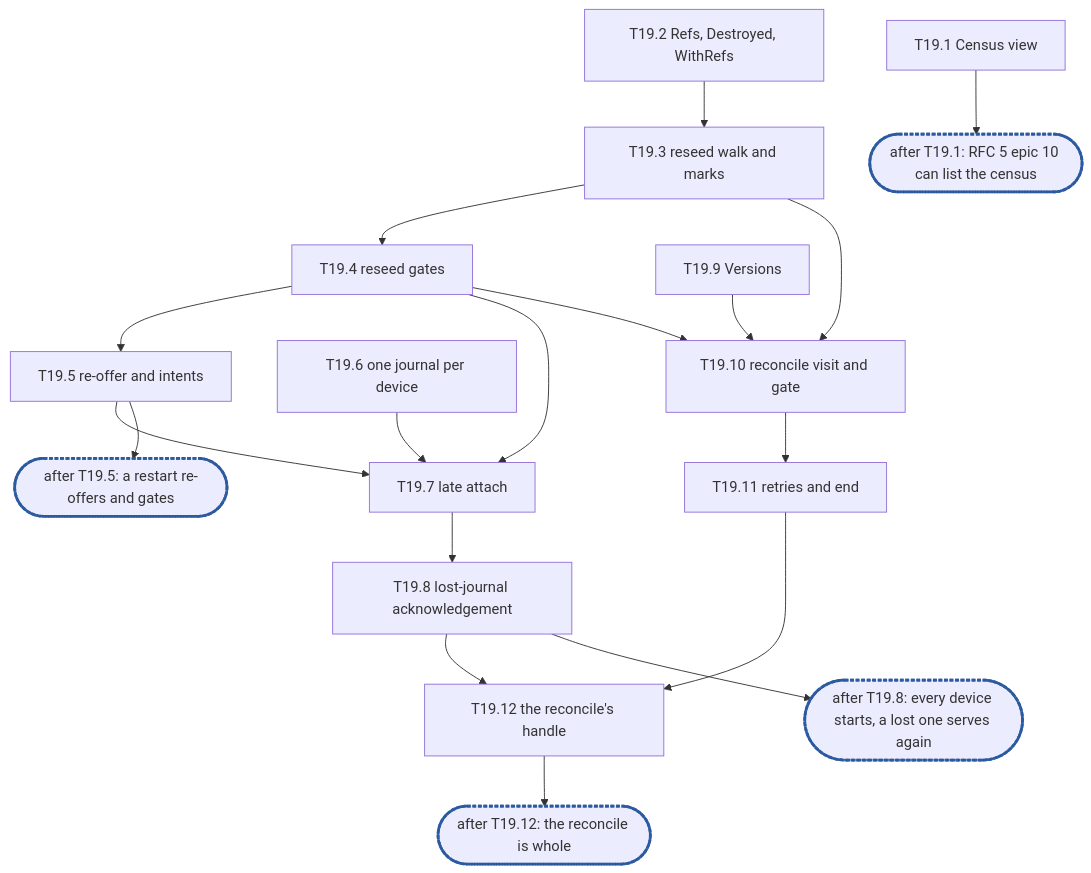
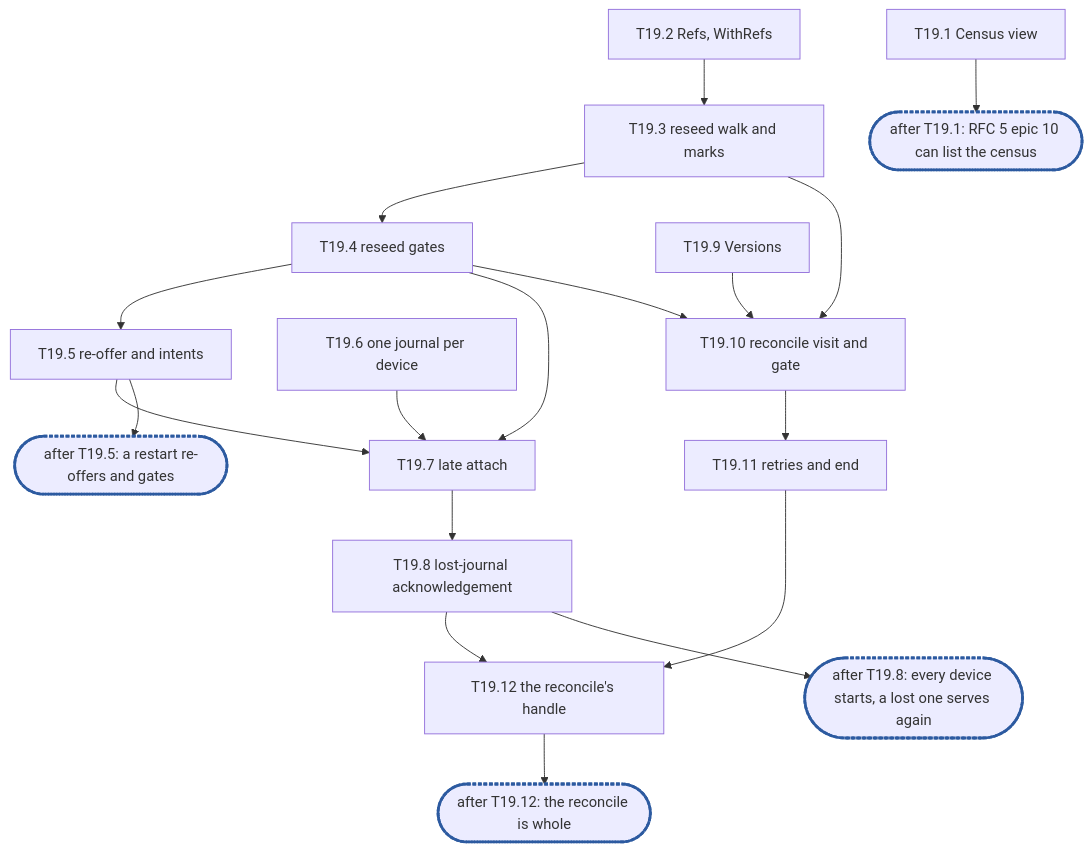
One commit to cubbit/dittofs changed the diagram in .planning/rfc-8-offload-engine-epic19.md. Above: the diagram before and after it, drawn with Mermaid. The commit also changed other lines of this file and 1 other file, not shown here.

````diff
--- a/.planning/rfc-8-offload-engine-epic19.md
+++ b/.planning/rfc-8-offload-engine-epic19.md
@@ -721,15 +773,15 @@
 ```mermaid
 flowchart TD
   T19_1["T19.1 Census view"]
-  T19_2["T19.2 Refs, Destroyed, WithRefs"] --> T19_3["T19.3 reseed walk and marks"] --> T19_4["T19.4 reseed gates"] --> T19_5["T19.5 re-offer and intents"]
+  T19_2["T19.2 Refs, WithRefs"] --> T19_3["T19.3 reseed walk and marks"] --> T19_4["T19.4 reseed gates"] --> T19_5["T19.5 re-offer and intents"]
   T19_6["T19.6 one journal per device"]
   T19_4 & T19_5 & T19_6 --> T19_7["T19.7 late attach"] --> T19_8["T19.8 lost-journal acknowledgement"]
   T19_9["T19.9 Versions"]
   T19_3 & T19_4 & T19_9 --> T19_10["T19.10 reconcile visit and gate"] --> T19_11["T19.11 retries and end"]
   T19_8 & T19_11 --> T19_12["T19.12 the reconcile's handle"]
   T19_1 --> C1(["after T19.1: RFC 5 epic 10 can list the census"]):::sync
   T19_5 --> C2(["after T19.5: a restart re-offers and gates"]):::sync
   T19_8 --> C3(["after T19.8: every device starts, a lost one serves again"]):::sync
   T19_12 --> C4(["after T19.12: the reconcile is whole"]):::sync
   classDef sync stroke:#2c5aa0,stroke-width:3px,stroke-dasharray:4 2
 ```
````
